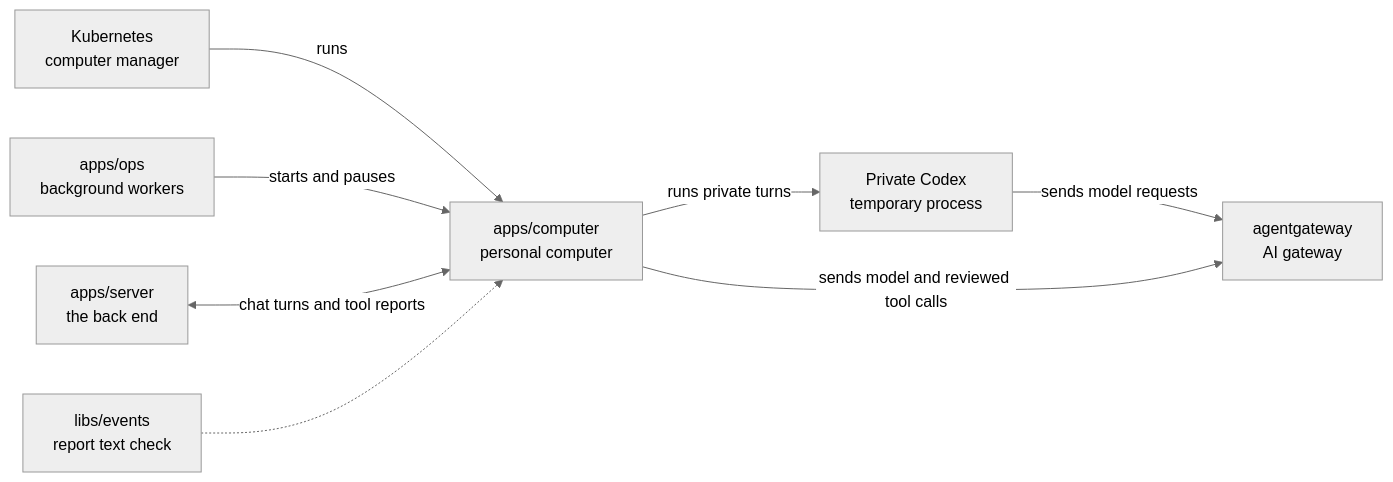
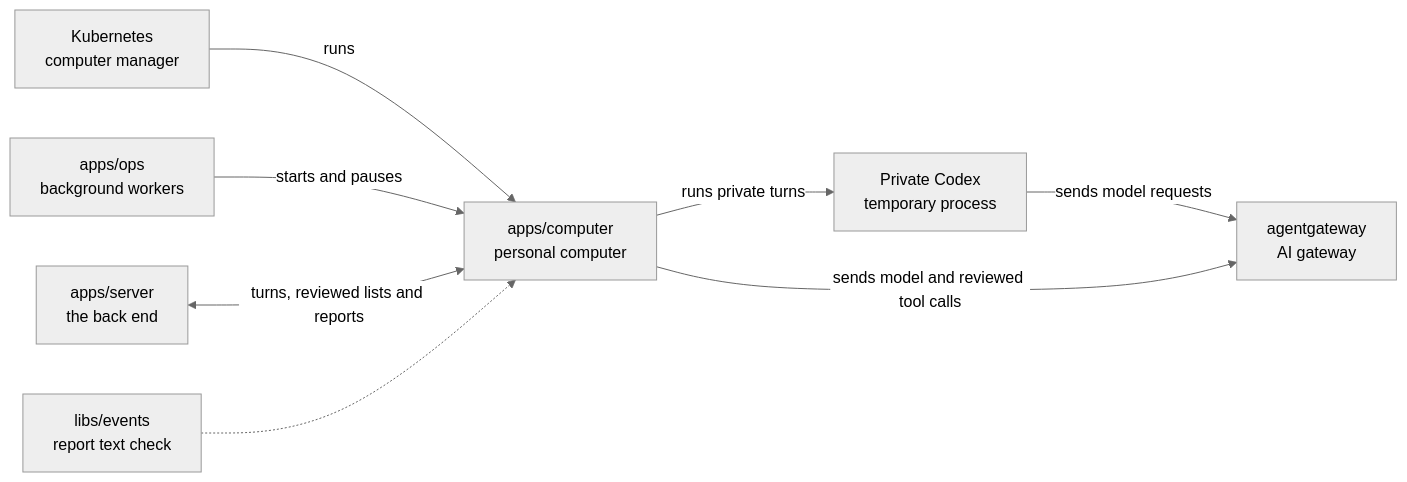
Before and after one commit to elewa-git/opencrane-new: the diagram in apps/computer/README.md, drawn with Mermaid (neutral theme). The commit also changed other lines of this file and 27 other files, not shown here.

````diff
--- a/apps/computer/README.md
+++ b/apps/computer/README.md
@@ -15,10 +15,10 @@
 ```mermaid
 flowchart LR
   kube["Kubernetes<br/>computer manager"] -->|runs| computer["apps/computer<br/>personal computer"]
   ops["apps/ops<br/>background workers"] -->|starts and pauses| computer
-  server["apps/server<br/>the back end"] <-->|chat turns and tool reports| computer
+  server["apps/server<br/>the back end"] <-->|turns, reviewed lists and reports| computer
   events["libs/events<br/>report text check"] -.-> computer
   computer -->|runs private turns| private["Private Codex<br/>temporary process"]
   private -->|sends model requests| gateway
   computer -->|sends model and reviewed tool calls| gateway["agentgateway<br/>AI gateway"]
 ```
````
